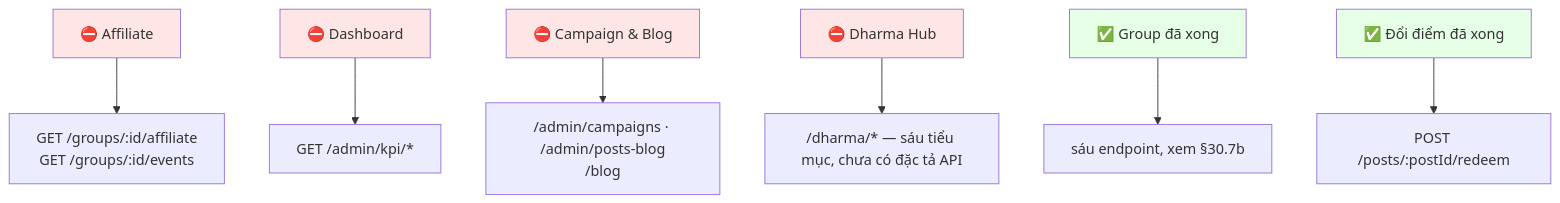
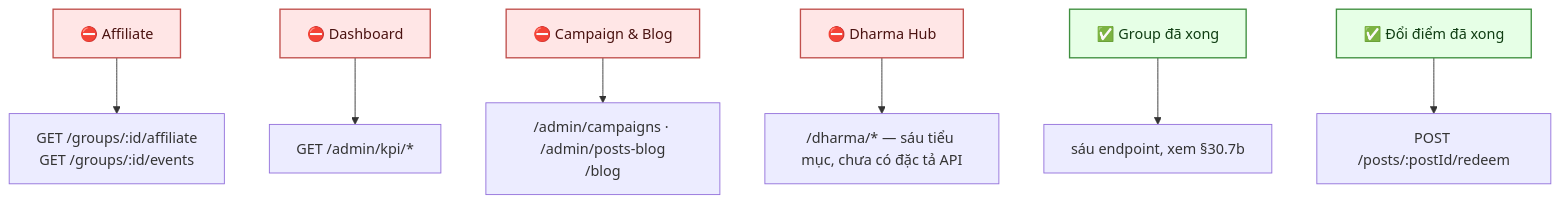
One commit to fdshn/trueheart changed the second of 2 diagrams in docs/diagram/30-endpoint-matrix.md. Above: the diagram before and after it, drawn with Mermaid. The commit also changed other lines of this file and 30 other files, not shown here.

First line of the commit message:
docs(diagram): chữ trong khối tô màu đọc được ở cả giao diện sáng và tối

````diff
--- a/docs/diagram/30-endpoint-matrix.md
+++ b/docs/diagram/30-endpoint-matrix.md
@@ -137,17 +137,17 @@
 ```mermaid
 flowchart TD
     B["⛔ Affiliate"] --> B1["GET /groups/:id/affiliate<br/>GET /groups/:id/events"]
     D["⛔ Dashboard"] --> D1["GET /admin/kpi/*"]
     E["⛔ Campaign & Blog"] --> E1["/admin/campaigns · /admin/posts-blog<br/>/blog"]
     F["⛔ Dharma Hub"] --> F1["/dharma/* — sáu tiểu mục, chưa có đặc tả API"]
 
     A["✅ Group đã xong"] --> A1["sáu endpoint, xem §30.7b"]
     C["✅ Đổi điểm đã xong"] --> C1["POST /posts/:postId/redeem"]
 
-    style A fill:#e6ffe6
-    style C fill:#e6ffe6
-    style B fill:#ffe6e6
-    style D fill:#ffe6e6
-    style E fill:#ffe6e6
-    style F fill:#ffe6e6
+    style A fill:#e6ffe6,stroke:#3f8f3f,stroke-width:1.5px,color:#0f3d12
+    style C fill:#e6ffe6,stroke:#3f8f3f,stroke-width:1.5px,color:#0f3d12
+    style B fill:#ffe6e6,stroke:#c0504d,stroke-width:1.5px,color:#4a1210
+    style D fill:#ffe6e6,stroke:#c0504d,stroke-width:1.5px,color:#4a1210
+    style E fill:#ffe6e6,stroke:#c0504d,stroke-width:1.5px,color:#4a1210
+    style F fill:#ffe6e6,stroke:#c0504d,stroke-width:1.5px,color:#4a1210
 ```
````
